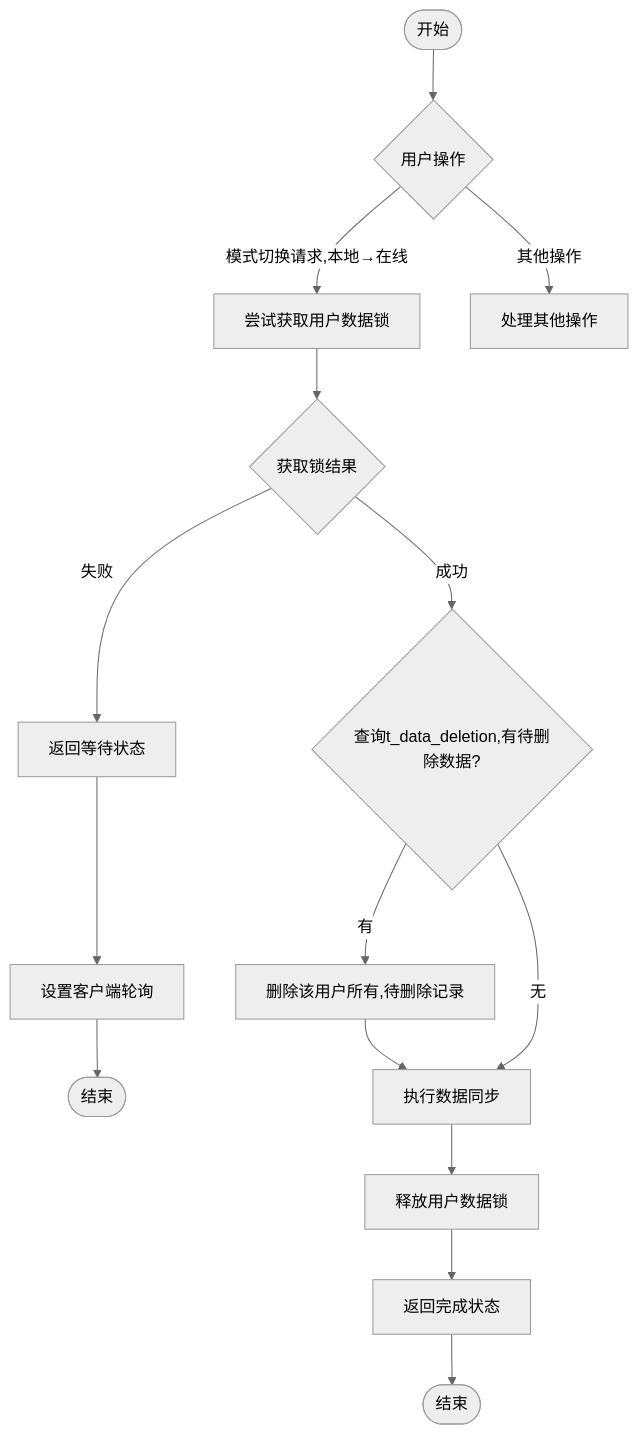
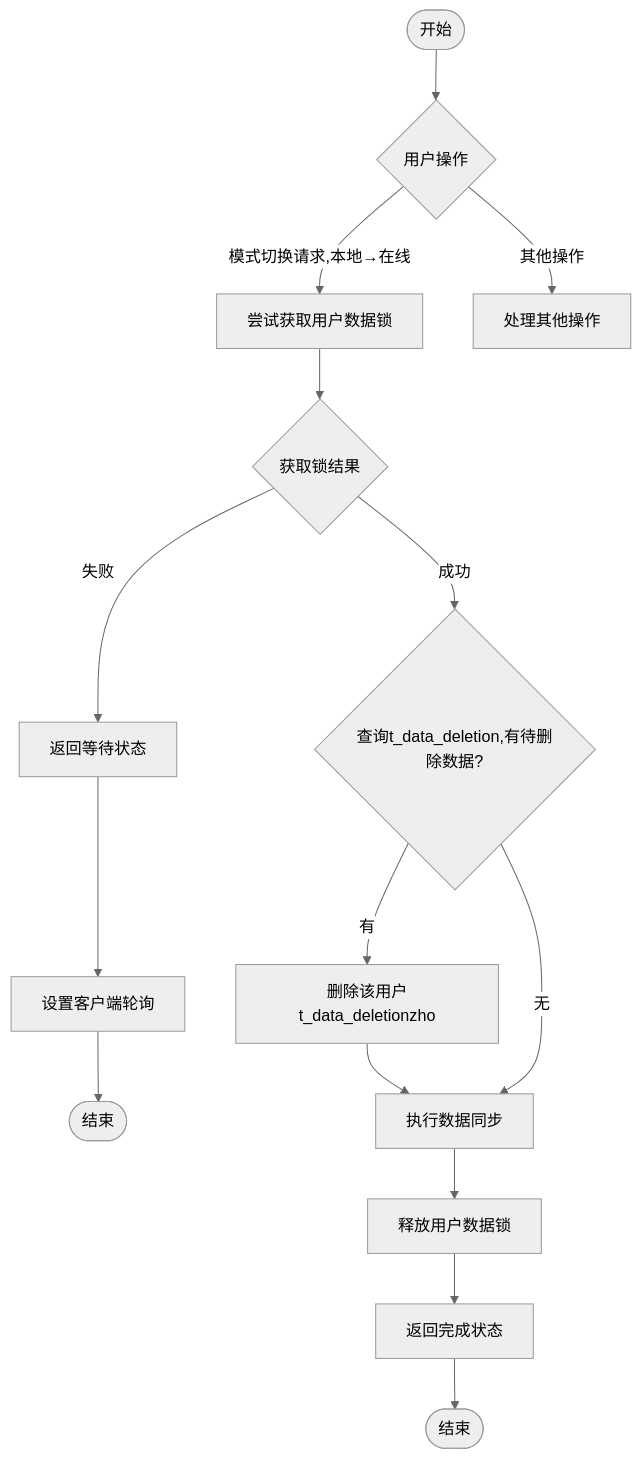
The diagram in all/未命名-57.md (yingjianzh/iodraw-files), drawn with Mermaid (neutral theme) before and after one commit.

Commit message:
2025-05-12 11:30:26 update

````diff
--- a/all/未命名-57.md
+++ b/all/未命名-57.md
@@ -1,27 +1,27 @@
 ```mermaid
 
 flowchart TD
     %% 主要分支
     Start([开始]) --> UserAction{用户操作}
     UserAction -->|模式切换请求,本地→在线| TryLock[尝试获取用户数据锁]
     UserAction -->|其他操作| OtherOps[处理其他操作]
 
     %% 模式切换流程
     TryLock --> LockResult{获取锁结果}
     
     LockResult -->|失败| ReturnWaiting[返回等待状态]
     ReturnWaiting --> SetupPolling[设置客户端轮询]
     SetupPolling --> End1([结束])
     
     LockResult -->|成功| CheckPendingDeletion{查询t_data_deletion,有待删除数据?}
     
-    CheckPendingDeletion -->|有| RemoveDeletionRecords[删除该用户所有,待删除记录]
+    CheckPendingDeletion -->|有| RemoveDeletionRecords[删除该用户t_data_deletionzho]
     RemoveDeletionRecords --> PerformSync[执行数据同步]
     
     CheckPendingDeletion -->|无| PerformSync
     
     PerformSync --> ReleaseSwitchLock[释放用户数据锁]
     ReleaseSwitchLock --> ReturnComplete[返回完成状态]
     ReturnComplete --> End2([结束])
 
 ```
````
